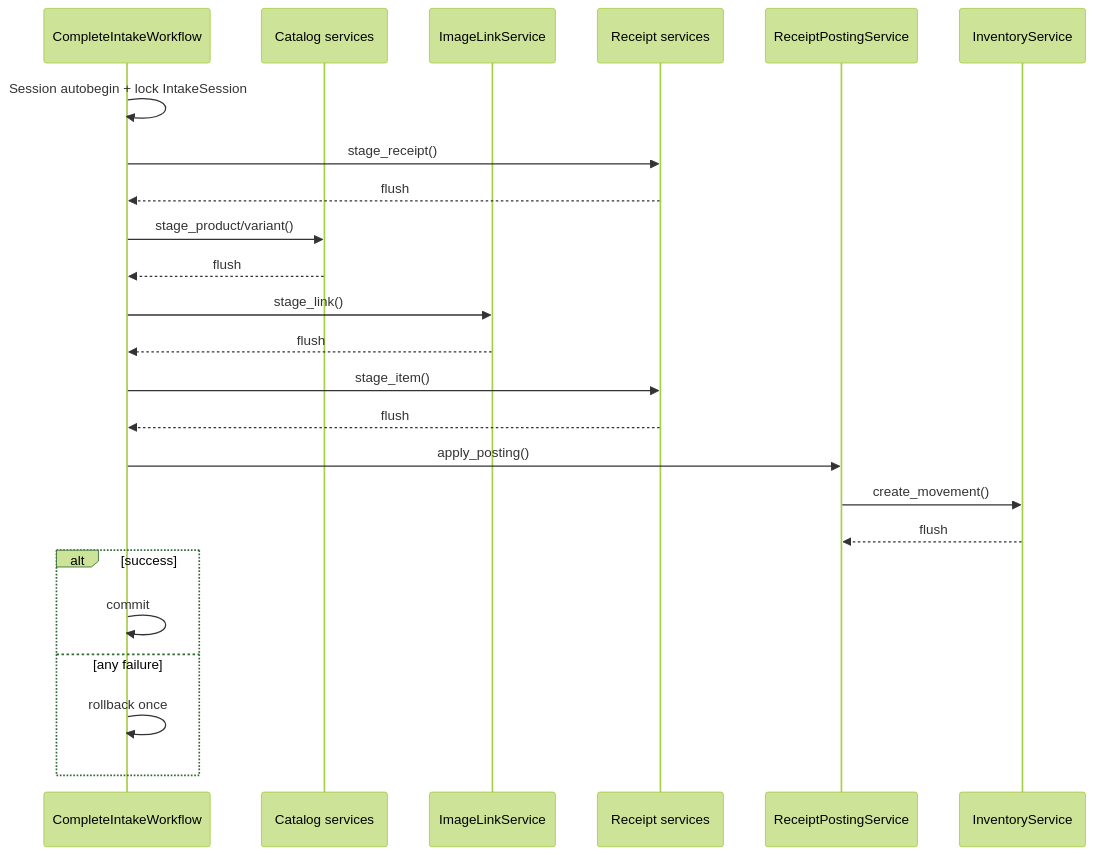
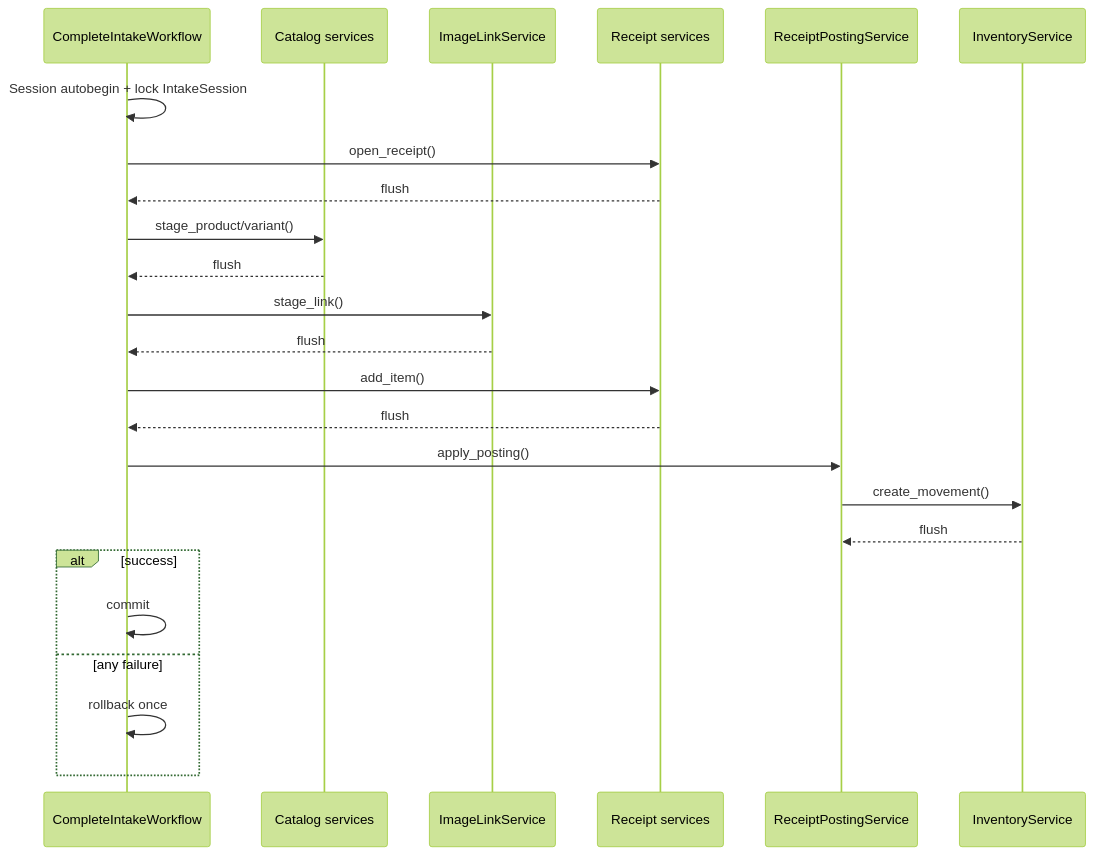
Before and after one commit to dimarchenkov/core: the diagram in docs/architecture_review/03_transaction_map.md, drawn with Mermaid (forest theme). The commit also changed other lines of this file and 8 other files, not shown here.

````diff
--- a/docs/architecture_review/03_transaction_map.md
+++ b/docs/architecture_review/03_transaction_map.md
@@ -38,27 +38,27 @@
 ```mermaid
 sequenceDiagram
     participant W as CompleteIntakeWorkflow
     participant C as Catalog services
     participant M as ImageLinkService
     participant R as Receipt services
     participant P as ReceiptPostingService
     participant I as InventoryService
 
     W->>W: Session autobegin + lock IntakeSession
-    W->>R: stage_receipt()
+    W->>R: open_receipt()
     R-->>W: flush
     W->>C: stage_product/variant()
     C-->>W: flush
     W->>M: stage_link()
     M-->>W: flush
-    W->>R: stage_item()
+    W->>R: add_item()
     R-->>W: flush
     W->>P: apply_posting()
     P->>I: create_movement()
     I-->>P: flush
     alt success
         W->>W: commit
     else any failure
         W->>W: rollback once
     end
 ```
````
